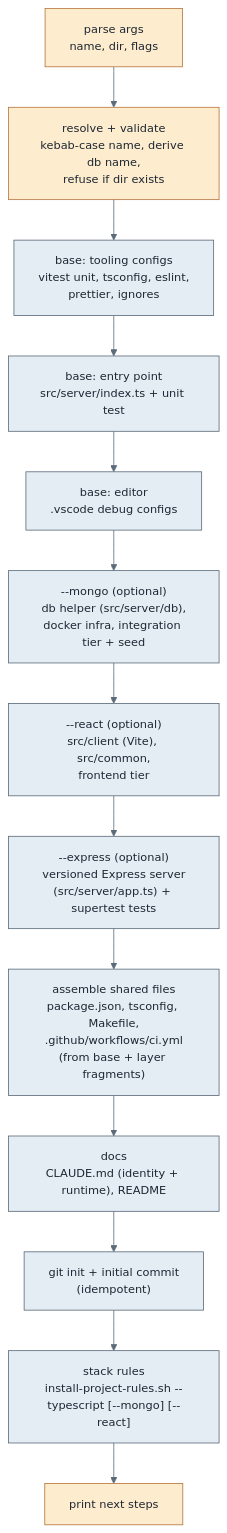
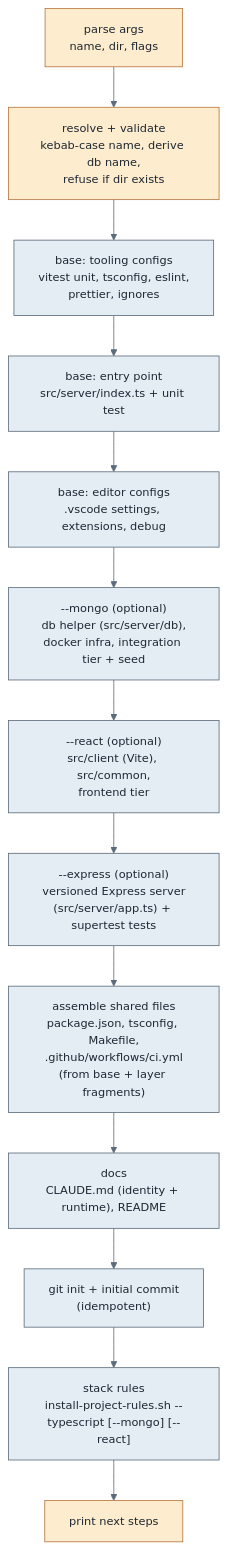
The second of 4 diagrams in docs/scripts.md (omerosaienni/agent-sdlc), drawn with Mermaid before and after one commit. The commit also changed other lines of this file and 1 other file, not shown here.

Commit message:
Generate format-on-save editor config in new projects (#42)

````diff
--- a/docs/scripts.md
+++ b/docs/scripts.md
@@ -85,21 +85,21 @@
 ```mermaid
 %%{init: {'theme':'base','themeVariables':{'primaryColor':'#e4edf4','primaryTextColor':'#1d2733','primaryBorderColor':'#5b6b7a','lineColor':'#5b6b7a','fontSize':'14px'}}}%%
 flowchart TD
     args["parse args<br/>name, dir, flags"] --> resolve["resolve + validate<br/>kebab-case name, derive db name,<br/>refuse if dir exists"]
     resolve --> tooling["base: tooling configs<br/>vitest unit, tsconfig, eslint,<br/>prettier, ignores"]
     tooling --> entry["base: entry point<br/>src/server/index.ts + unit test"]
-    entry --> editor["base: editor<br/>.vscode debug configs"]
+    entry --> editor["base: editor configs<br/>.vscode settings, extensions, debug"]
     editor --> mongo["--mongo (optional)<br/>db helper (src/server/db),<br/>docker infra, integration tier + seed"]
     mongo --> react["--react (optional)<br/>src/client (Vite), src/common,<br/>frontend tier"]
     react --> express["--express (optional)<br/>versioned Express server<br/>(src/server/app.ts) + supertest tests"]
     express --> build["assemble shared files<br/>package.json, tsconfig, Makefile,<br/>.github/workflows/ci.yml<br/>(from base + layer fragments)"]
     build --> docs["docs<br/>CLAUDE.md (identity + runtime), README"]
     docs --> git["git init + initial commit<br/>(idempotent)"]
     git --> rules["stack rules<br/>install-project-rules.sh --typescript [--mongo] [--react]"]
     rules --> done["print next steps"]
 
     classDef io fill:#fdeccd,stroke:#b8743d,color:#1d2733;
     classDef work fill:#e4edf4,stroke:#5b6b7a,color:#1d2733;
     class args,resolve,done io;
     class tooling,entry,editor,mongo,react,express,build,docs,git,rules work;
 ```
````
